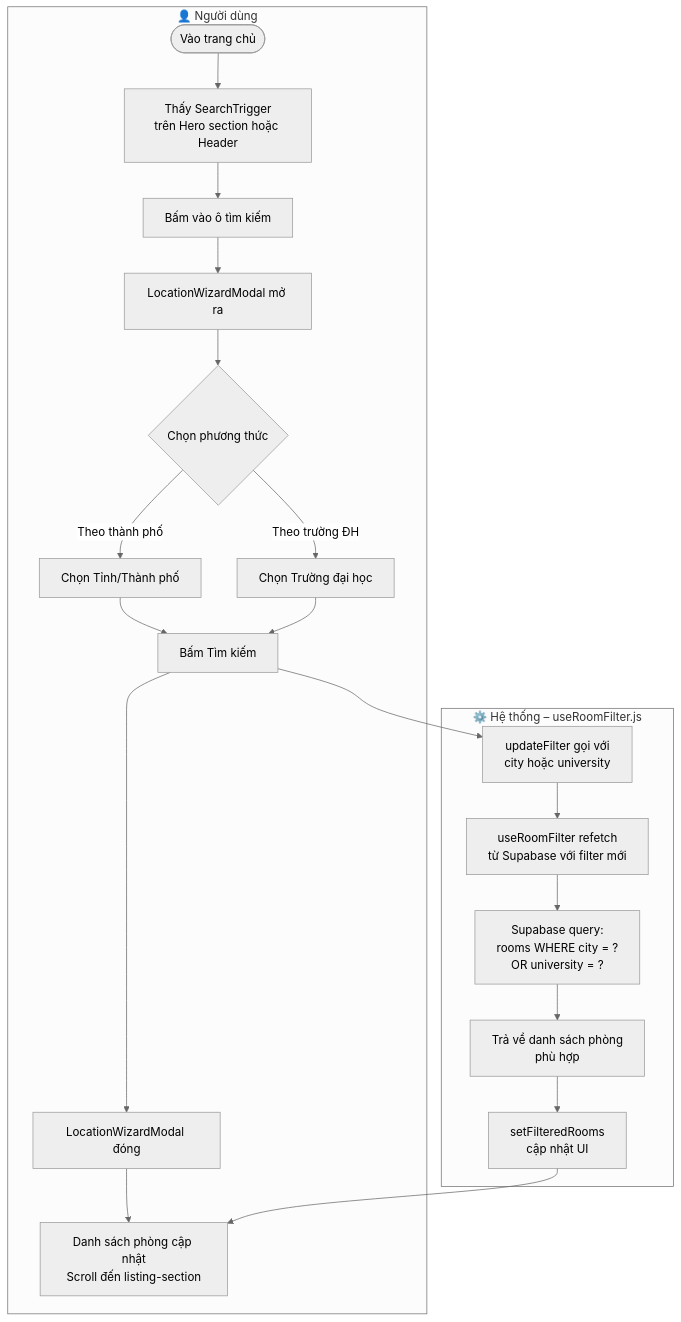
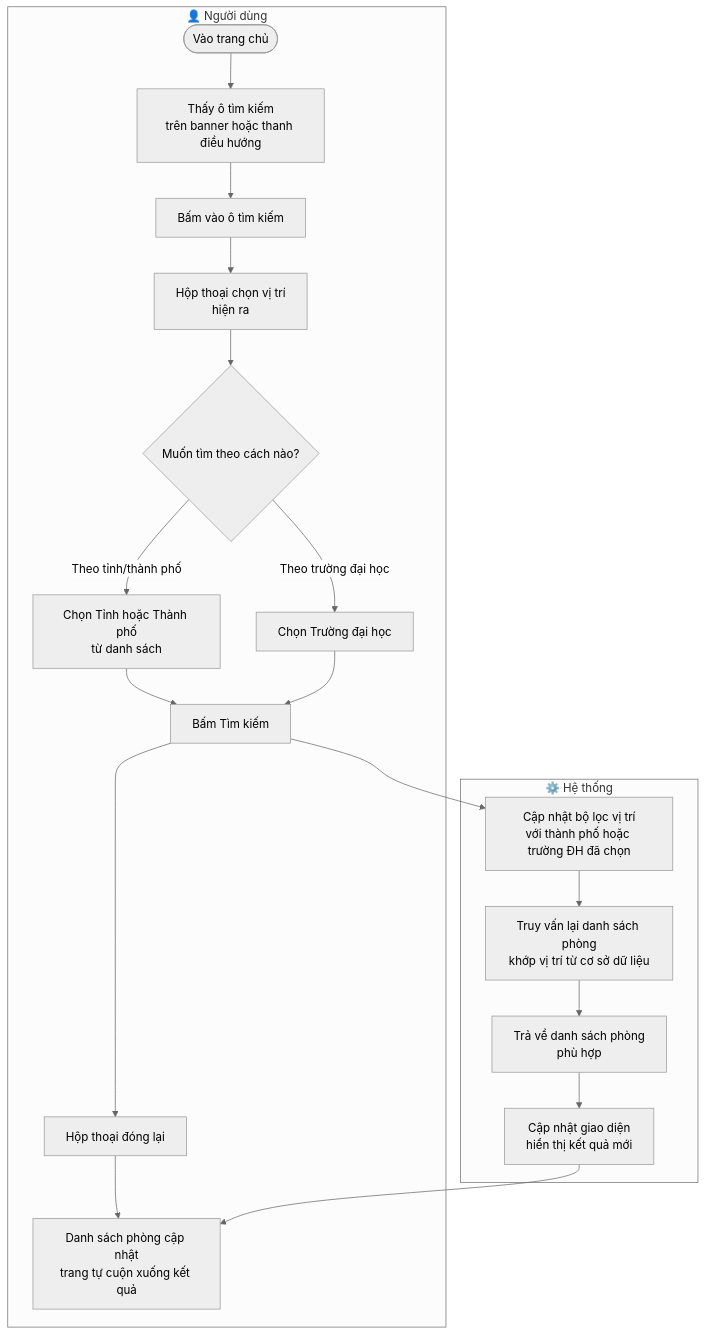
One commit to natelyt12/trotot changed the first of 4 diagrams in prj_workflows/02_home_search_workflow.md. Above: the diagram before and after it, drawn with Mermaid (neutral theme). The commit also changed other lines of this file and 5 other files, not shown here.

Commit message:
fix: sửa lại định dạng cho phù hợp với người low-code

````diff
--- a/prj_workflows/02_home_search_workflow.md
+++ b/prj_workflows/02_home_search_workflow.md
@@ -9,24 +9,23 @@
 ```mermaid
 flowchart TD
     subgraph USER["👤 Người dùng"]
-        A([Vào trang chủ]) --> B[Thấy SearchTrigger\ntrên Hero section hoặc Header]
+        A([Vào trang chủ]) --> B[Thấy ô tìm kiếm\ntrên banner hoặc thanh điều hướng]
         B --> C[Bấm vào ô tìm kiếm]
-        C --> D[LocationWizardModal mở ra]
-        D --> E{Chọn phương thức}
-        E -- Theo thành phố --> F[Chọn Tỉnh/Thành phố]
-        E -- Theo trường ĐH --> G[Chọn Trường đại học]
+        C --> D[Hộp thoại chọn vị trí\nhiện ra]
+        D --> E{Muốn tìm theo cách nào?}
+        E -- Theo tỉnh/thành phố --> F[Chọn Tỉnh hoặc Thành phố\ntừ danh sách]
+        E -- Theo trường đại học --> G[Chọn Trường đại học]
         F --> H[Bấm Tìm kiếm]
         G --> H
-        H --> I[LocationWizardModal đóng]
-        I --> J[Danh sách phòng cập nhật\nScroll đến listing-section]
+        H --> I[Hộp thoại đóng lại]
+        I --> J[Danh sách phòng cập nhật\ntrang tự cuộn xuống kết quả]
     end
 
-    subgraph SYSTEM["⚙️ Hệ thống – useRoomFilter.js"]
-        H --> K[updateFilter gọi với\ncity hoặc university]
-        K --> L[useRoomFilter refetch\ntừ Supabase với filter mới]
-        L --> M[Supabase query:\nrooms WHERE city = ?\nOR university = ?]
-        M --> N[Trả về danh sách phòng\nphù hợp]
-        N --> O[setFilteredRooms\ncập nhật UI]
+    subgraph SYSTEM["⚙️ Hệ thống"]
+        H --> K[Cập nhật bộ lọc vị trí\nvới thành phố hoặc trường ĐH đã chọn]
+        K --> L[Truy vấn lại danh sách phòng\nkhớp vị trí từ cơ sở dữ liệu]
+        L --> M[Trả về danh sách phòng\nphù hợp]
+        M --> O[Cập nhật giao diện\nhiển thị kết quả mới]
         O --> J
     end
 ```
````
